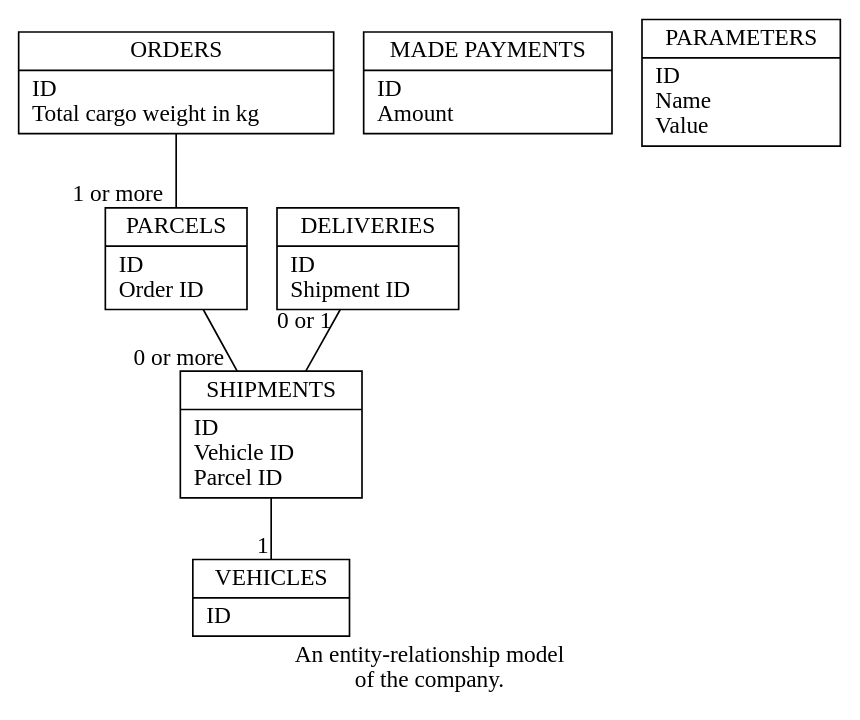
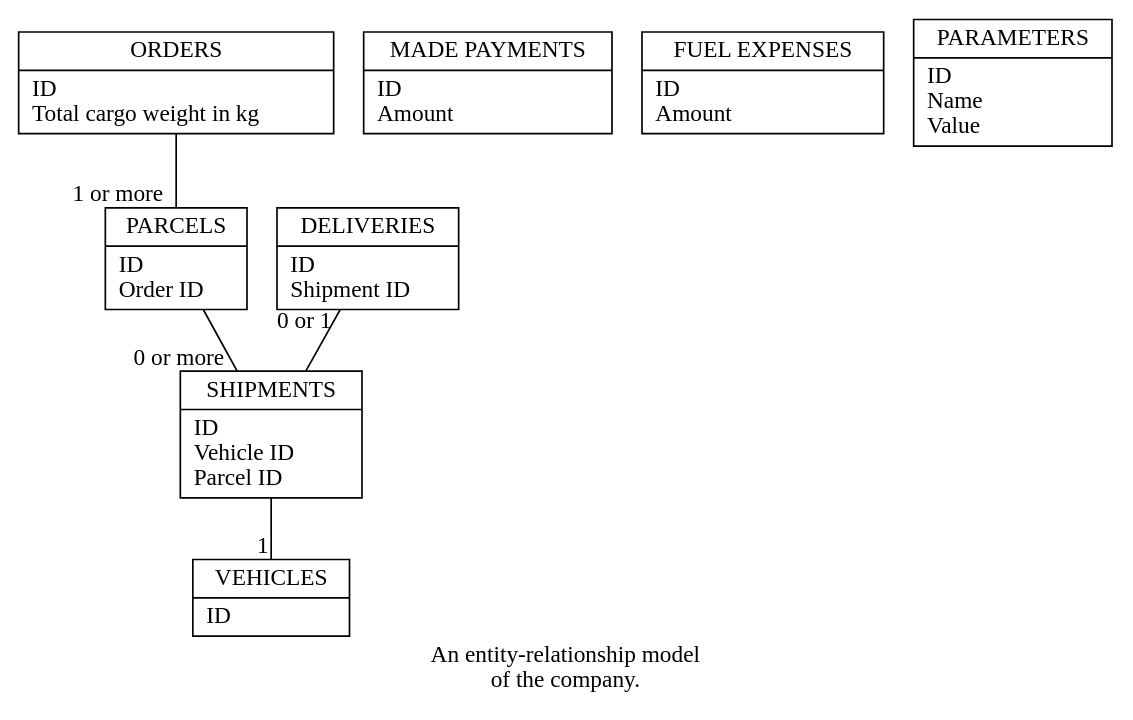
The diagram in database/er-model.dot (decision-making-mike/transport-company), drawn with Graphviz before and after one commit. The commit also changed 12 other files, not shown here.

```diff
--- a/database/er-model.dot
+++ b/database/er-model.dot
@@ -1,38 +1,41 @@
 digraph
 {
     label = "An entity-relationship model\nof the company."
 
     node
         [ shape = "record" ]
     edge
         [ arrowhead = "none" ]
 
     orders
         [ label = "{ORDERS|ID\lTotal cargo weight in kg\l}" ]
 
     vehicles
         [ label = "{VEHICLES|ID\l}" ]
 
     made_payments
         [ label = "{MADE PAYMENTS|ID\lAmount\l}" ]
+
+    fuel_expenses
+        [ label = "{FUEL EXPENSES|ID\lAmount\l}" ]
 
     deliveries
         [ label = "{DELIVERIES|ID\lShipment ID\l}" ]
     deliveries -> shipments
         [ taillabel = "0 or 1" ]
 
     shipments
         [ label = "{SHIPMENTS|ID\lVehicle ID\lParcel ID\l}" ]
     shipments -> vehicles
         [ headlabel = "1" ]
     parcels -> shipments
         [ headlabel = "0 or more" ]
 
     parcels
         [ label = "{PARCELS|ID\lOrder ID\l}" ]
     orders -> parcels
         [ headlabel = "1 or more" ]
 
     parameters
         [ label = "{PARAMETERS|ID\lName\lValue\l}" ]
 }
```
